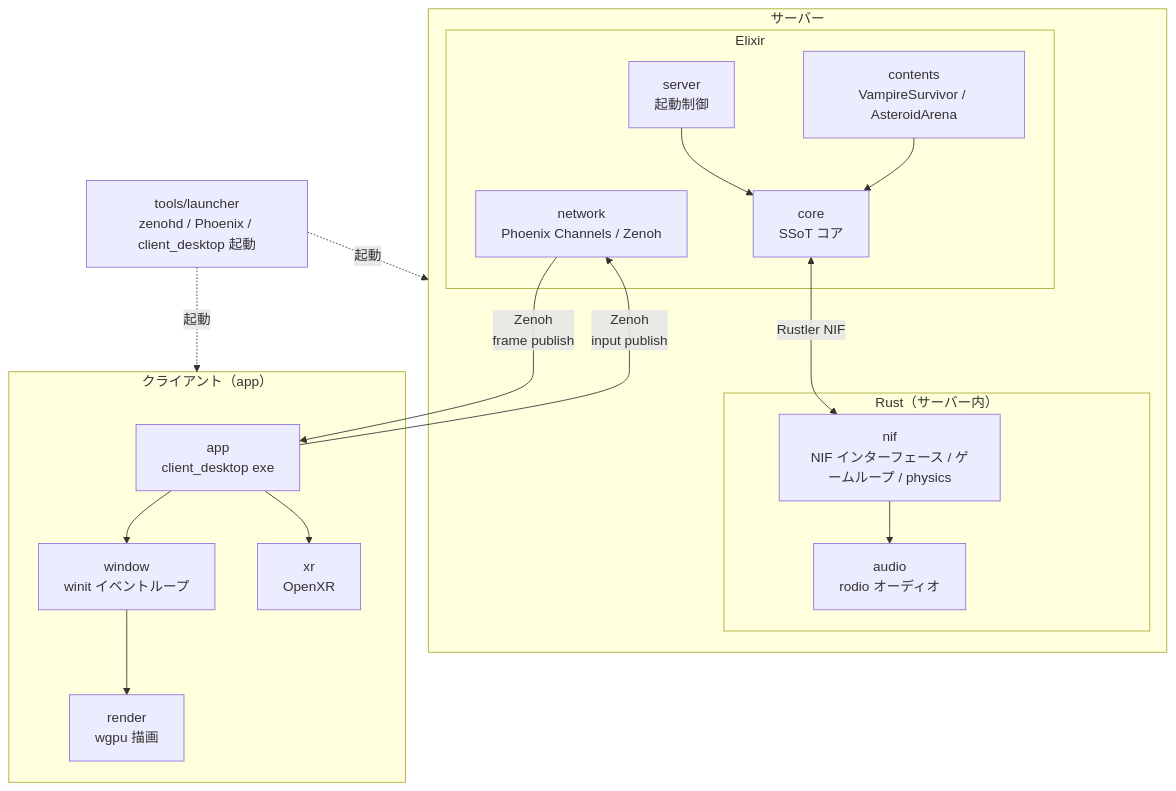
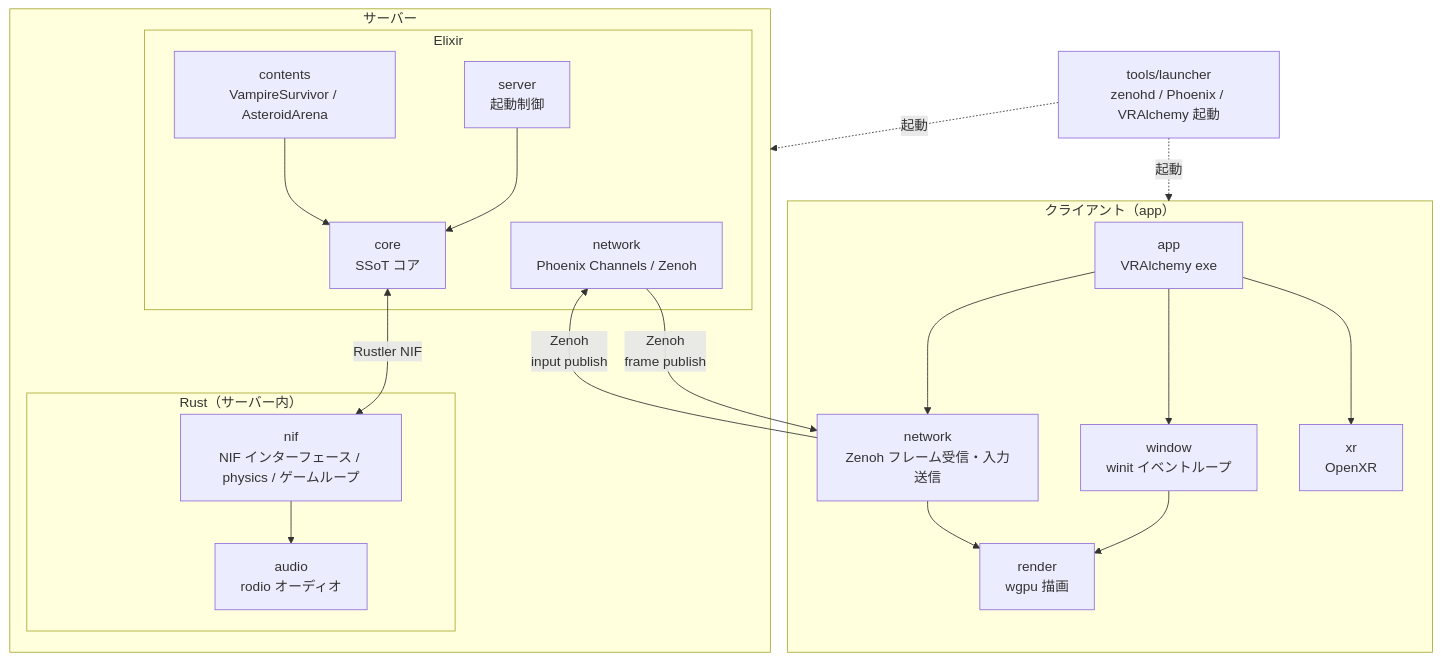
Before and after one commit to FRICK-ELDY/alchemy-engine: the first of 16 diagrams in docs/architecture/overview.md, drawn with Mermaid. The commit also changed other lines of this file and 11 other files, not shown here.

````diff
--- a/docs/architecture/overview.md
+++ b/docs/architecture/overview.md
@@ -14,36 +14,39 @@
 ```mermaid
 graph TB
     subgraph Server["サーバー"]
         subgraph Elixir["Elixir"]
             GS[server<br/>起動制御]
             GE[core<br/>SSoT コア]
             GC[contents<br/>VampireSurvivor / AsteroidArena]
             GN[network<br/>Phoenix Channels / Zenoh]
         end
         subgraph RustServer["Rust（サーバー内）"]
-            GNIF[nif<br/>NIF インターフェース / ゲームループ / physics]
+            GNIF[nif<br/>NIF インターフェース / physics / ゲームループ]
             GAUDIO[audio<br/>rodio オーディオ]
         end
         GS --> GE
         GC --> GE
         GE <-->|Rustler NIF| GNIF
         GNIF --> GAUDIO
     end
 
     subgraph Client["クライアント（app）"]
-        APP[app<br/>client_desktop exe]
-        DINPUT[window<br/>winit イベントループ]
-        DRENDER[render<br/>wgpu 描画]
-        DXR[xr<br/>OpenXR]
-        APP --> DINPUT
-        APP --> DXR
-        DINPUT --> DRENDER
+        APP[app<br/>VRAlchemy exe]
+        WIN[window<br/>winit イベントループ]
+        RENDER[render<br/>wgpu 描画]
+        NET[network<br/>Zenoh フレーム受信・入力送信]
+        XR[xr<br/>OpenXR]
+        APP --> WIN
+        APP --> NET
+        APP --> XR
+        WIN --> RENDER
+        NET --> RENDER
     end
 
-    LAUNCHER[tools/launcher<br/>zenohd / Phoenix / client_desktop 起動]
+    LAUNCHER[tools/launcher<br/>zenohd / Phoenix / VRAlchemy 起動]
 
-    GN -->|Zenoh<br/>frame publish| APP
-    APP -->|Zenoh<br/>input publish| GN
+    GN -->|Zenoh<br/>frame publish| NET
+    NET -->|Zenoh<br/>input publish| GN
     LAUNCHER -.->|起動| Server
     LAUNCHER -.->|起動| Client
 ```
````
